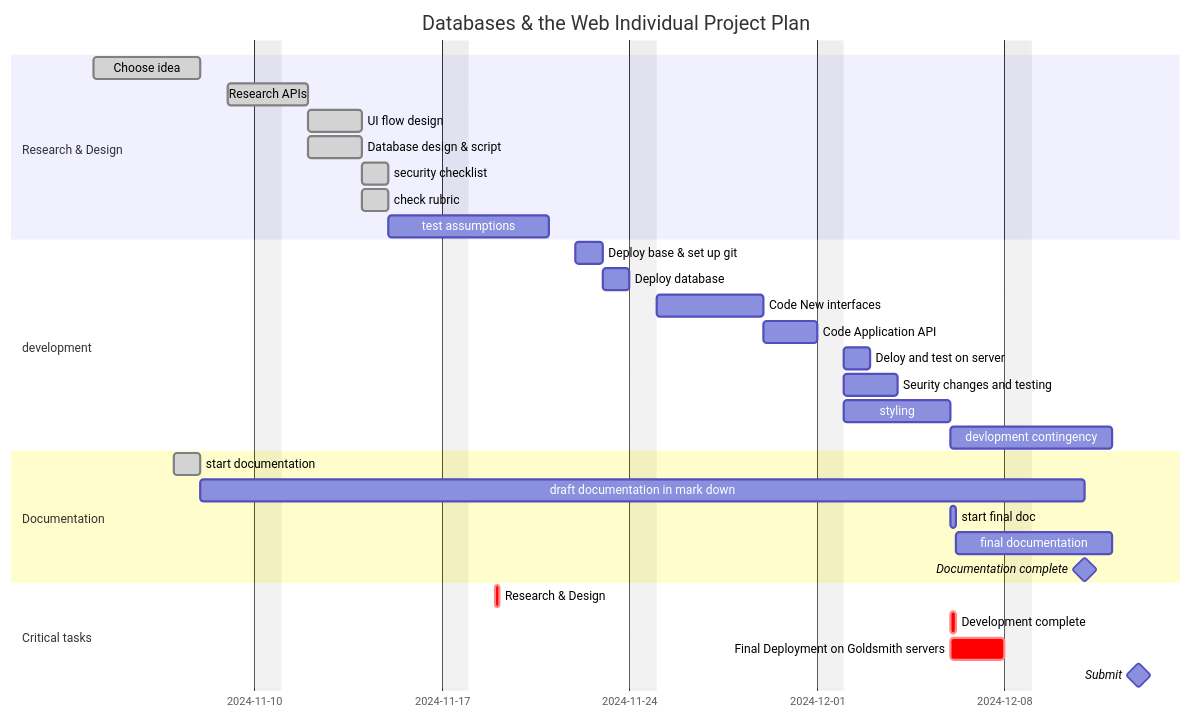
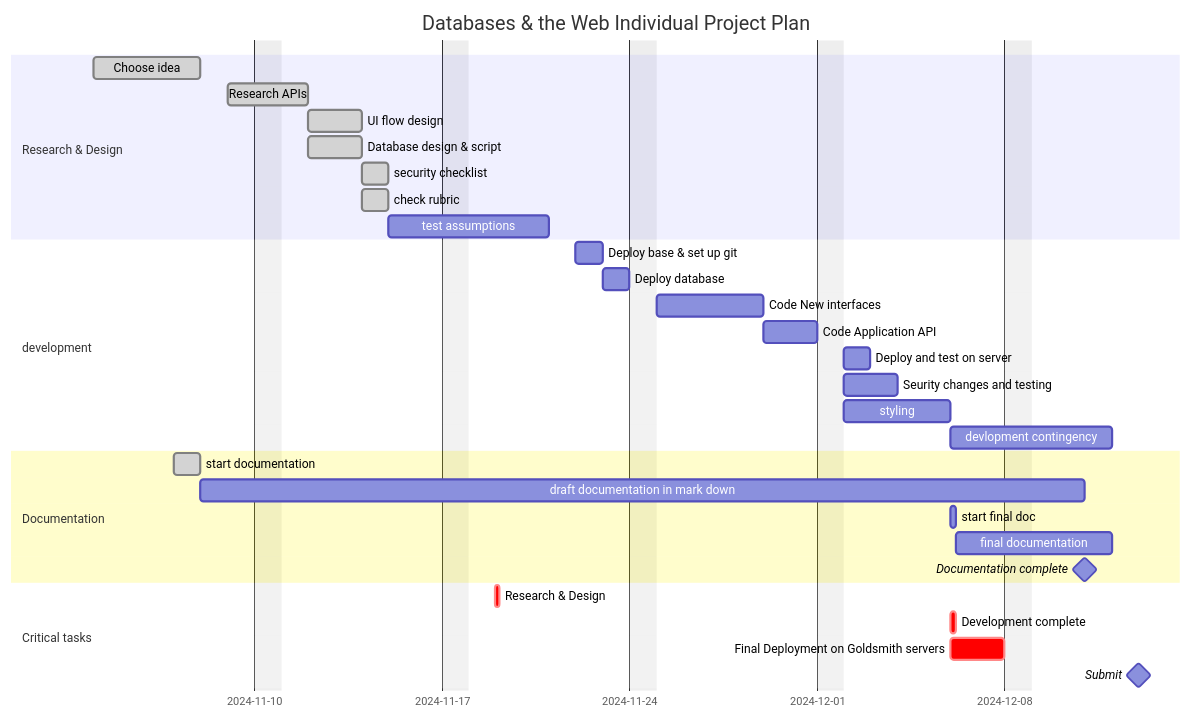
The first of 3 diagrams in README.md (jbrun001/APIProject), drawn with Mermaid before and after one commit. The commit also changed other lines of this file, not shown here.

````diff
--- a/README.md
+++ b/README.md
@@ -2,42 +2,42 @@
 ```mermaid
 
 gantt
     dateFormat  YYYY-MM-DD
     title       Databases & the Web Individual Project Plan
     excludes    sunday
     %% (`excludes` accepts specific dates in YYYY-MM-DD format, days of the week ("sunday") or "weekends", but not the word "weekdays".)
 
     section Research & Design
     Choose idea             :done,    rd1, 2024-11-04,2024-11-08
     Research APIs           :done,    rd2, 2024-11-09, 2d
     UI flow design          :done,    rd3, after rd2, 2d
     Database design & script  :done,    rd3d, after rd2, 2d
     security checklist      :done,  rd4, after rd3, 1d
     check rubric            :done,  rd5, after rd3, 1d
     test assumptions        :active rd6, after rd5, 5d
 
     section development
     Deploy base & set up git  :    d1, 2024-11-22,1d
     Deploy database           :    d2, after d1, 1d
     Code New interfaces       :    d3, after d2, 4d
     Code Application API      :    dd3a, after d3, 2d
-    Deloy and test on server  :    dd3c, after dd3a, 1d
+    Deploy and test on server  :    dd3c, after dd3a, 1d
     Seurity changes and testing :  d4, after dd3a, 2d
     styling                   :    d6, after dd3a, 4d
     devlopment contingency           :until doccomplete
 
     section Documentation
     start documentation :done,    d0, 2024-11-07,2024-11-08   
     draft documentation in mark down  :until finaldoc
     start final doc            :finaldoc, after d6, 4h
     final documentation :until doccomplete 
     Documentation complete              :milestone, doccomplete, 2024-12-11, 0d
 
     section Critical tasks
     Research & Design                   :crit, after r6, 4h
     Development complete                :crit, after d6, 4h
     Final Deployment on Goldsmith servers :crit, after d6, 2d
     Submit                              :milestone, 2024-12-13, 0d
 
 
 ```
````
